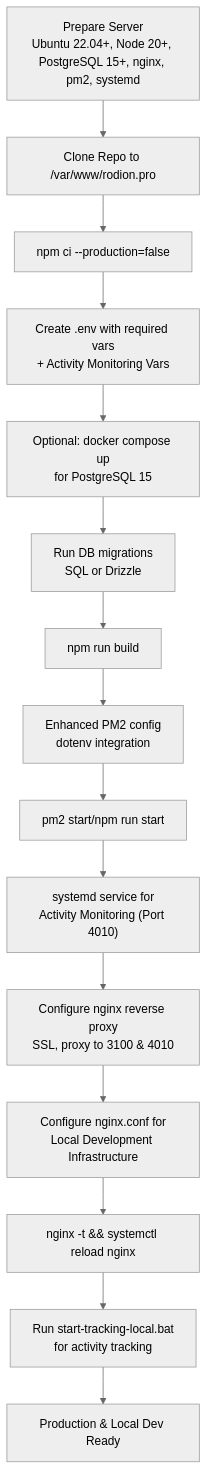
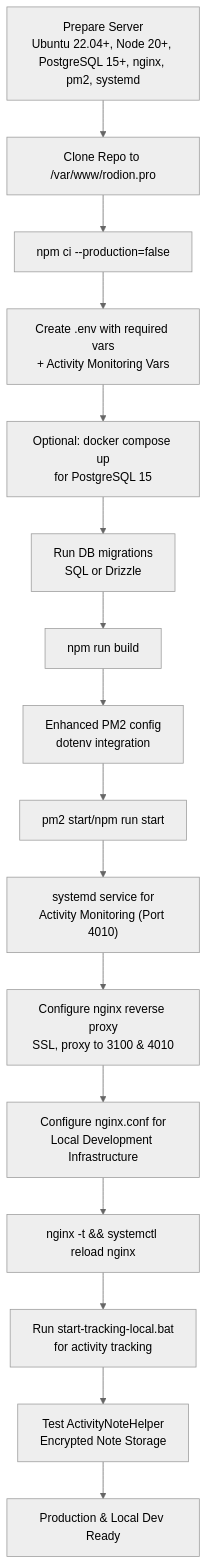
One commit to WizardJIOCb/rodion.pro changed diagram 15 of 17 in .qoder/repowiki/en/content/Build and Deployment.md. Above: the diagram before and after it, drawn with Mermaid (neutral theme). The commit also changed other lines of this file and 20 other files, not shown here.

````diff
--- a/.qoder/repowiki/en/content/Build and Deployment.md
+++ b/.qoder/repowiki/en/content/Build and Deployment.md
@@ -845,17 +962,18 @@
 ```mermaid
 flowchart TD
 Prep["Prepare Server<br/>Ubuntu 22.04+, Node 20+, PostgreSQL 15+, nginx, pm2, systemd"] --> Clone["Clone Repo to /var/www/rodion.pro"]
 Clone --> Install["npm ci --production=false"]
 Install --> Env["Create .env with required vars<br/>+ Activity Monitoring Vars"]
 Env --> Docker["Optional: docker compose up<br/>for PostgreSQL 15"]
 Docker --> Migrate["Run DB migrations<br/>SQL or Drizzle"]
 Migrate --> Build["npm run build"]
 Build --> PM2Config["Enhanced PM2 config<br/>dotenv integration"]
 PM2Config --> StartPM2["pm2 start/npm run start"]
 StartPM2 --> SysdService["systemd service for<br/>Activity Monitoring (Port 4010)"]
 SysdService --> Nginx["Configure nginx reverse proxy<br/>SSL, proxy to 3100 & 4010"]
 Nginx --> LocalInfra["Configure nginx.conf for<br/>Local Development Infrastructure"]
 LocalInfra --> Test["nginx -t && systemctl reload nginx"]
 Test --> DevScripts["Run start-tracking-local.bat<br/>for activity tracking"]
-DevScripts --> Done["Production & Local Dev Ready"]
+DevScripts --> ActivityNoteHelper["Test ActivityNoteHelper<br/>Encrypted Note Storage"]
+ActivityNoteHelper --> Done["Production & Local Dev Ready"]
 ```
````
